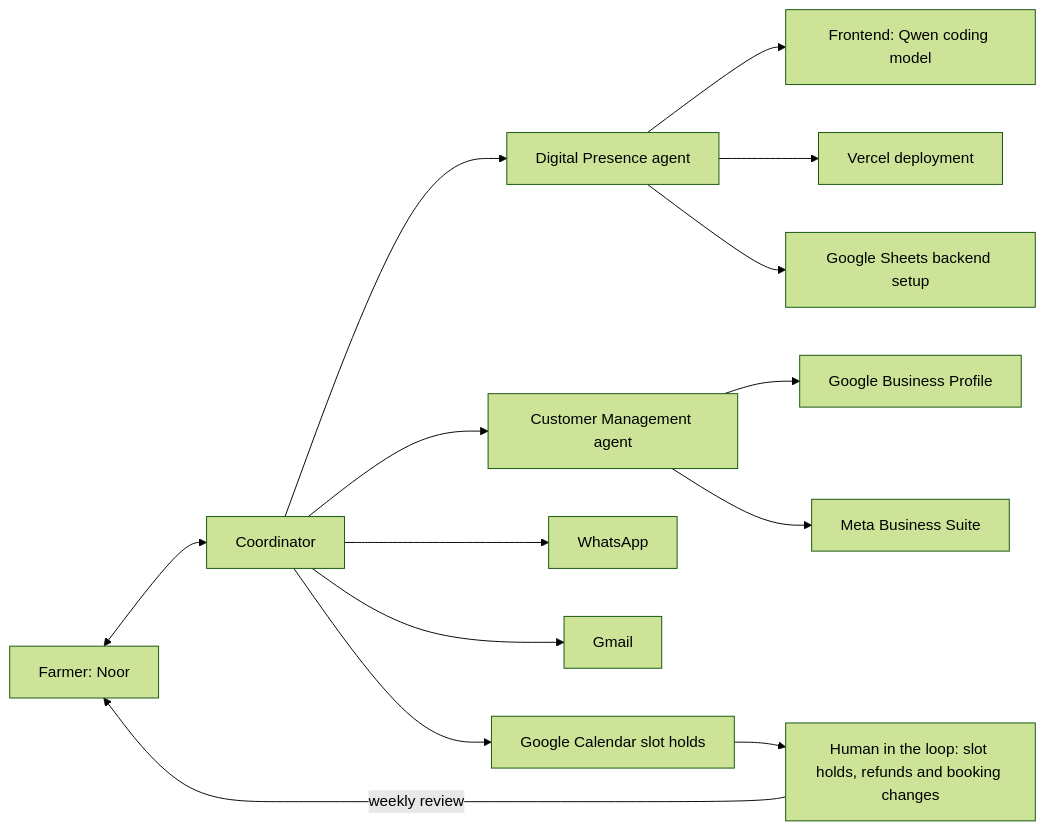
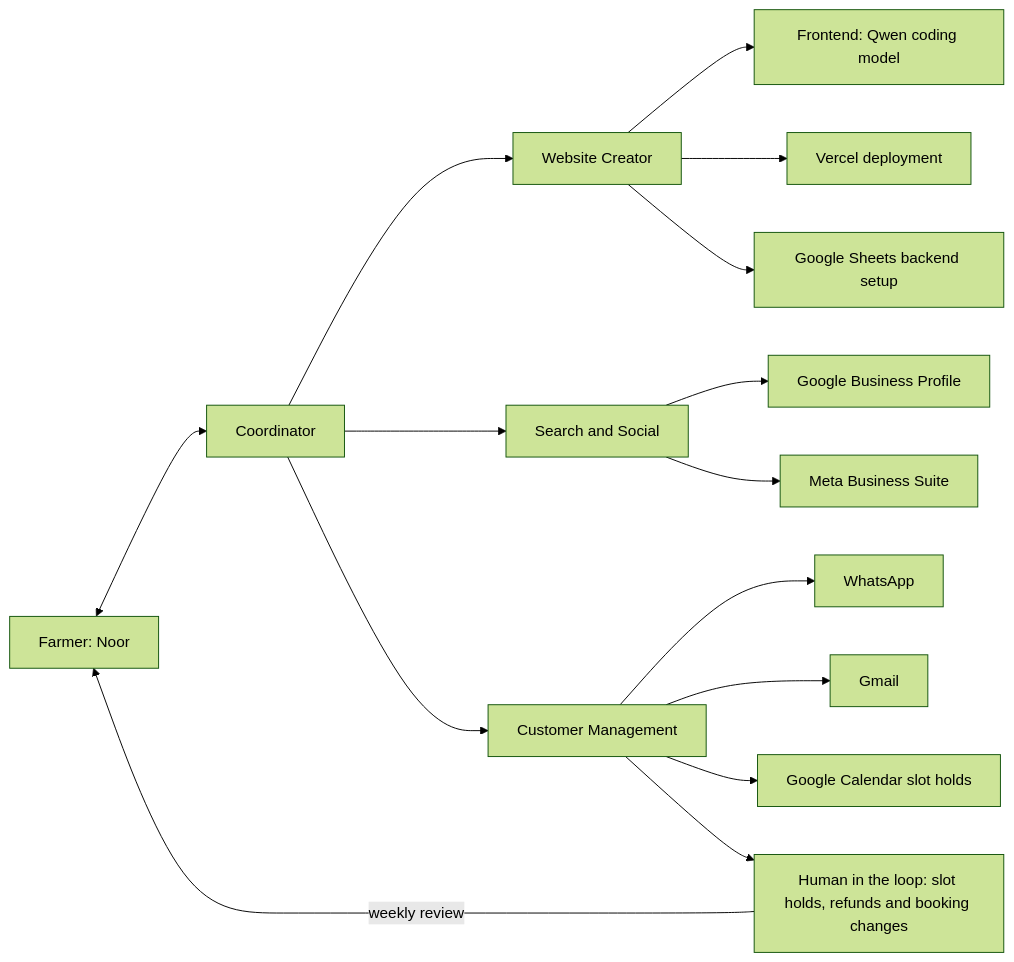
One commit to reversely/hacknation changed the diagram in docs/architecture.md. Above: the diagram before and after it, drawn with Mermaid (forest theme). The commit also changed other lines of this file, not shown here.

First line of the commit message:
docs(architecture): split into a coordinator and three specialist agents

````diff
--- a/docs/architecture.md
+++ b/docs/architecture.md
@@ -49,16 +50,17 @@
 ```mermaid
 flowchart LR
     F["Farmer: Noor"] <--> C["Coordinator"]
-    C --> DP["Digital Presence agent"]
-    DP --> FE["Frontend: Qwen coding model"]
-    DP --> VD["Vercel deployment"]
-    DP --> GS["Google Sheets backend setup"]
-    C --> CM["Customer Management agent"]
-    CM --> GB["Google Business Profile"]
-    CM --> MBS["Meta Business Suite"]
-    C --> WA["WhatsApp"]
-    C --> GM["Gmail"]
-    C --> CAL["Google Calendar slot holds"]
-    CAL --> Q["Human in the loop: slot holds, refunds and booking changes"]
+    C --> WCR["Website Creator"]
+    WCR --> FE["Frontend: Qwen coding model"]
+    WCR --> VD["Vercel deployment"]
+    WCR --> GS["Google Sheets backend setup"]
+    C --> SS["Search and Social"]
+    SS --> GB["Google Business Profile"]
+    SS --> MBS["Meta Business Suite"]
+    C --> CM["Customer Management"]
+    CM --> WA["WhatsApp"]
+    CM --> GM["Gmail"]
+    CM --> CAL["Google Calendar slot holds"]
+    CM --> Q["Human in the loop: slot holds, refunds and booking changes"]
     Q -->|"weekly review"| F
 ```
````
